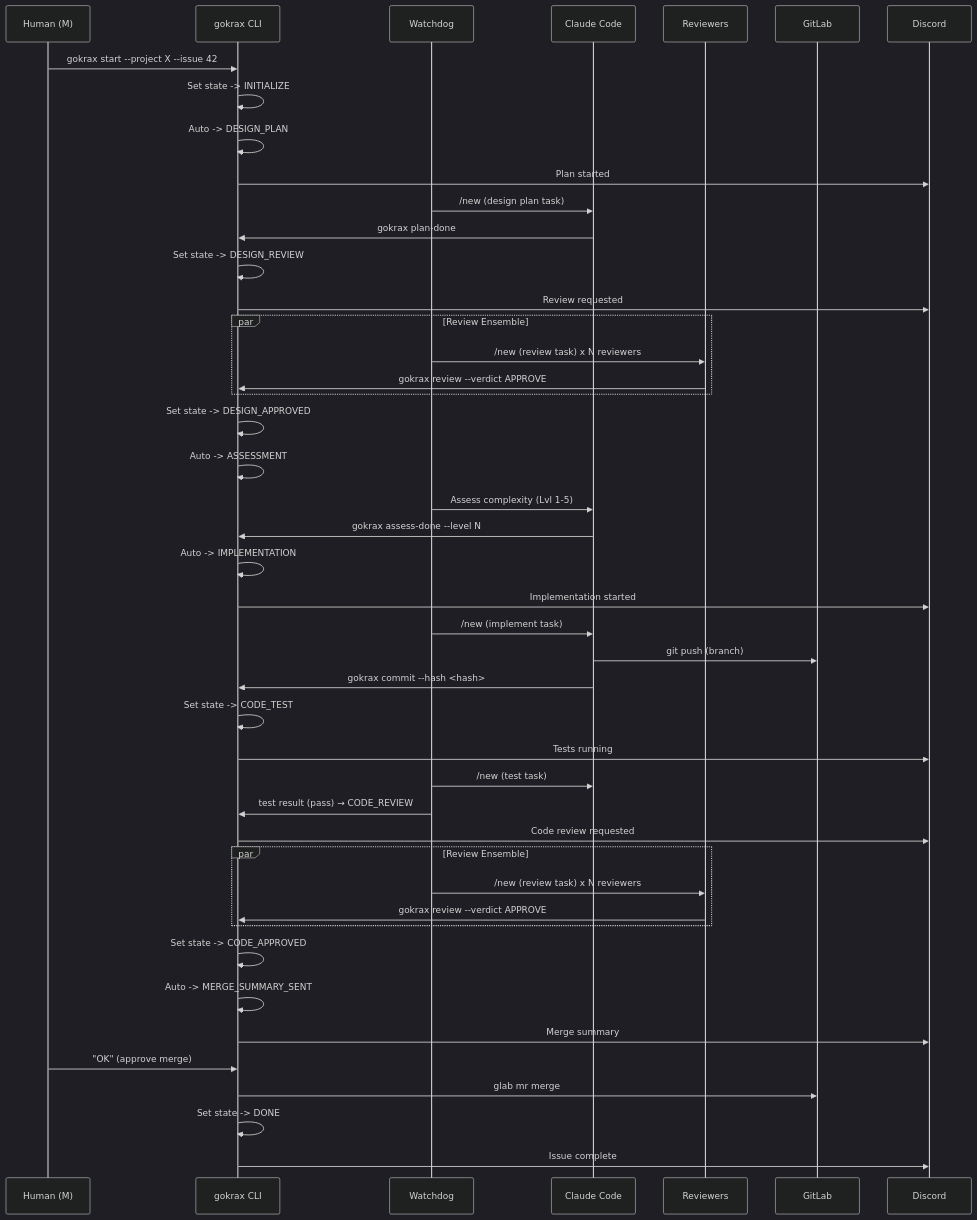
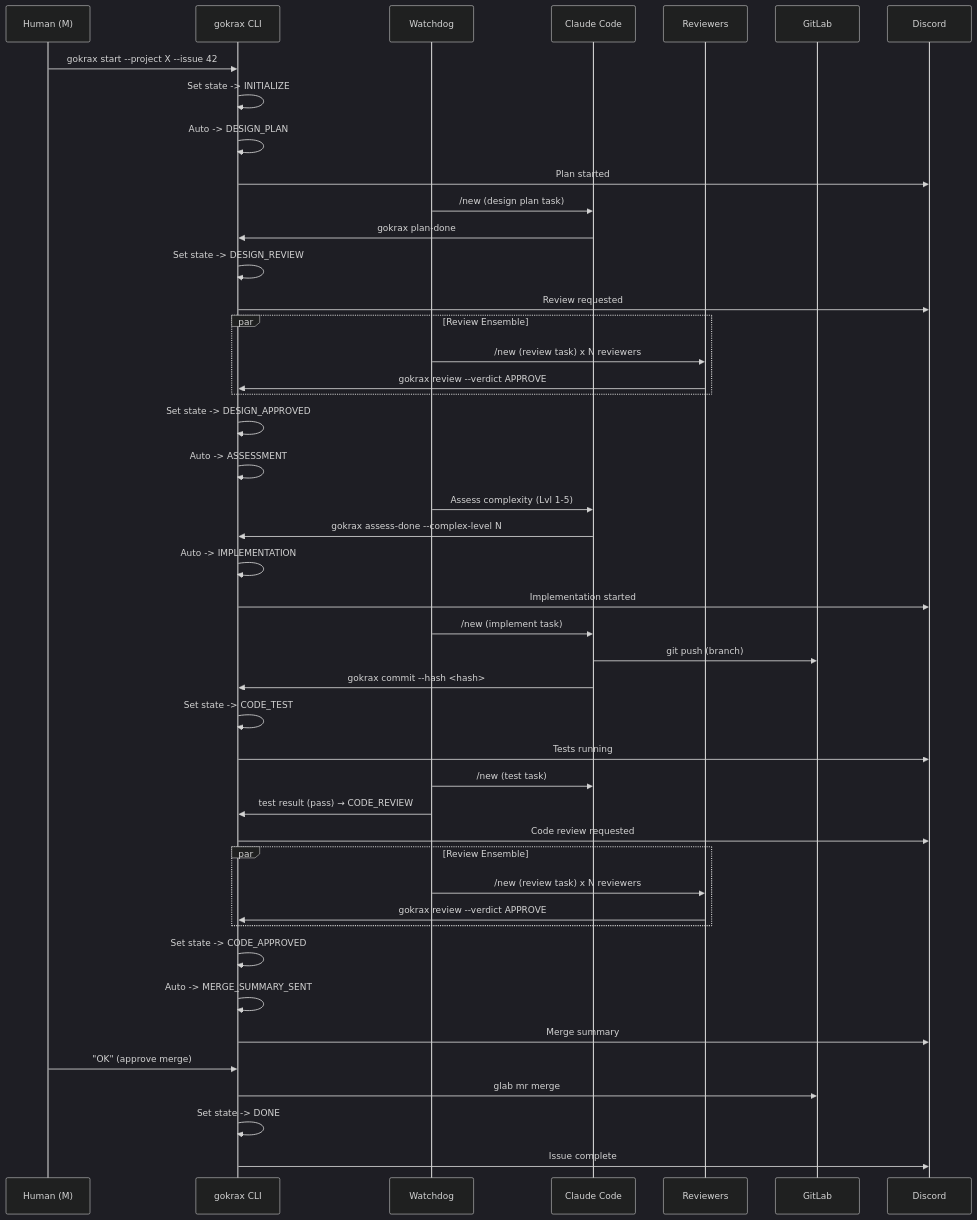
The fifth of 6 diagrams in docs/architecture.md (atakalive/gokrax), drawn with Mermaid (dark theme) before and after one commit. The commit also changed 8 other files, not shown here.

Commit message:
refactor: rename assessment level → complex_level. Closes #180

````diff
--- a/docs/architecture.md
+++ b/docs/architecture.md
@@ -254,52 +254,52 @@
 ```mermaid
 sequenceDiagram
     participant M as Human (M)
     participant DB as gokrax CLI
     participant WD as Watchdog
     participant CC as Claude Code
     participant RV as Reviewers
     participant GL as GitLab
     participant DC as Discord
 
     M->>DB: gokrax start --project X --issue 42
     DB->>DB: Set state -> INITIALIZE
     DB->>DB: Auto -> DESIGN_PLAN
     DB->>DC: Plan started
     WD->>CC: /new (design plan task)
     CC->>DB: gokrax plan-done
     DB->>DB: Set state -> DESIGN_REVIEW
     DB->>DC: Review requested
 
     par Review Ensemble
         WD->>RV: /new (review task) x N reviewers
         RV->>DB: gokrax review --verdict APPROVE
     end
 
     DB->>DB: Set state -> DESIGN_APPROVED
     DB->>DB: Auto -> ASSESSMENT
     WD->>CC: Assess complexity (Lvl 1-5)
-    CC->>DB: gokrax assess-done --level N
+    CC->>DB: gokrax assess-done --complex-level N
     DB->>DB: Auto -> IMPLEMENTATION
     DB->>DC: Implementation started
     WD->>CC: /new (implement task)
     CC->>GL: git push (branch)
     CC->>DB: gokrax commit --hash <hash>
     DB->>DB: Set state -> CODE_TEST
     DB->>DC: Tests running
     WD->>CC: /new (test task)
     WD->>DB: test result (pass) → CODE_REVIEW
     DB->>DC: Code review requested
 
     par Review Ensemble
         WD->>RV: /new (review task) x N reviewers
         RV->>DB: gokrax review --verdict APPROVE
     end
 
     DB->>DB: Set state -> CODE_APPROVED
     DB->>DB: Auto -> MERGE_SUMMARY_SENT
     DB->>DC: Merge summary
     M->>DB: "OK" (approve merge)
     DB->>GL: glab mr merge
     DB->>DB: Set state -> DONE
     DB->>DC: Issue complete
 ```
````
